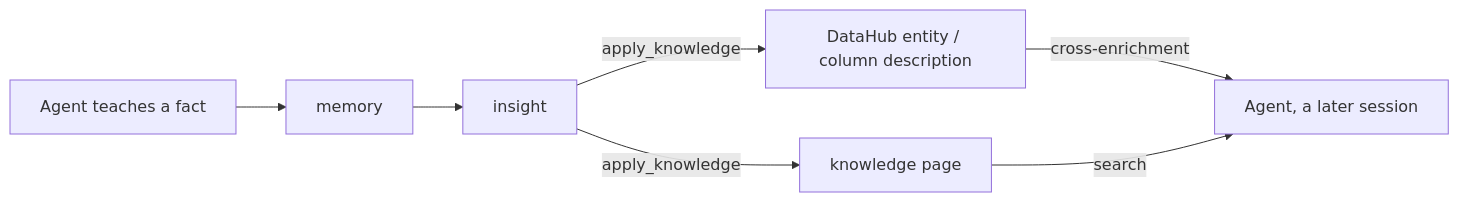
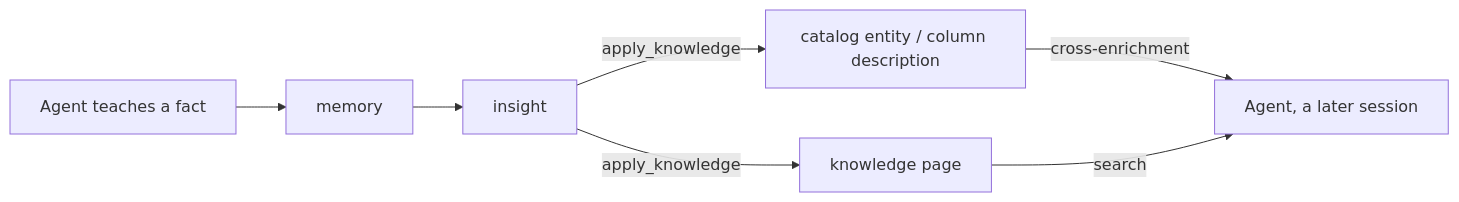
Before and after one commit to txn2/mcp-data-platform: the diagram in docs/reference/benchmarks.md, drawn with Mermaid. The commit also changed other lines of this file and 746 other files, not shown here.

First line of the commit message:
feat(catalog): portal catalog, search/fetch reads, DataHub removed (#1916) (#2123)

````diff
--- a/docs/reference/benchmarks.md
+++ b/docs/reference/benchmarks.md
@@ -54,9 +54,9 @@
 ```mermaid
 flowchart LR
   A[Agent teaches a fact] --> M[memory]
   M --> I[insight]
-  I -->|apply_knowledge| S1[DataHub entity / column description]
+  I -->|apply_knowledge| S1[catalog entity / column description]
   I -->|apply_knowledge| S2[knowledge page]
   S1 -->|cross-enrichment| AG[Agent, a later session]
   S2 -->|search| AG
 ```
````
